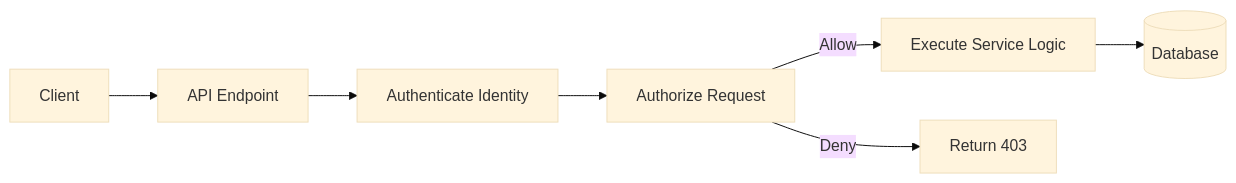
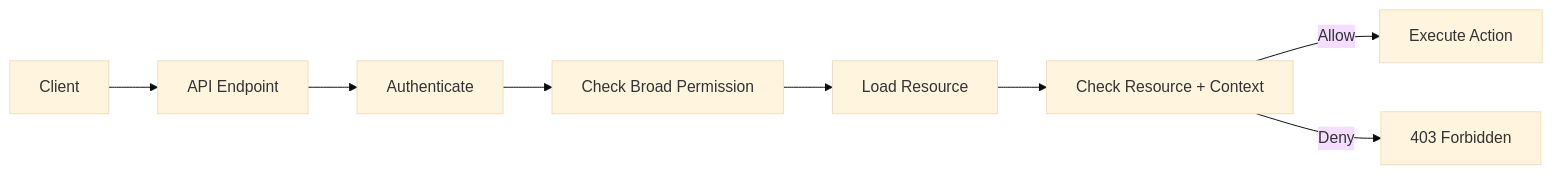
Before and after one commit to AvadhBhalodiya/Interview-Preparation: the ninth of 9 diagrams in src/content/security/rbac-vs-abac.md, drawn with Mermaid (base theme). The commit also changed other lines of this file and 54 other files, not shown here.

````diff
--- a/src/content/security/rbac-vs-abac.md
+++ b/src/content/security/rbac-vs-abac.md
@@ -873,9 +650,10 @@
 ```mermaid
 flowchart LR
     C[Client] --> API[API Endpoint]
-    API --> AUTHN[Authenticate Identity]
-    AUTHN --> AUTHZ[Authorize Request]
-    AUTHZ -->|Allow| S[Execute Service Logic]
-    AUTHZ -->|Deny| F[Return 403]
-    S --> DB[(Database)]
+    API --> AUTHN[Authenticate]
+    AUTHN --> CAP[Check Broad Permission]
+    CAP --> LOAD[Load Resource]
+    LOAD --> OBJ[Check Resource + Context]
+    OBJ -->|Allow| EXEC[Execute Action]
+    OBJ -->|Deny| F[403 Forbidden]
 ```
````
